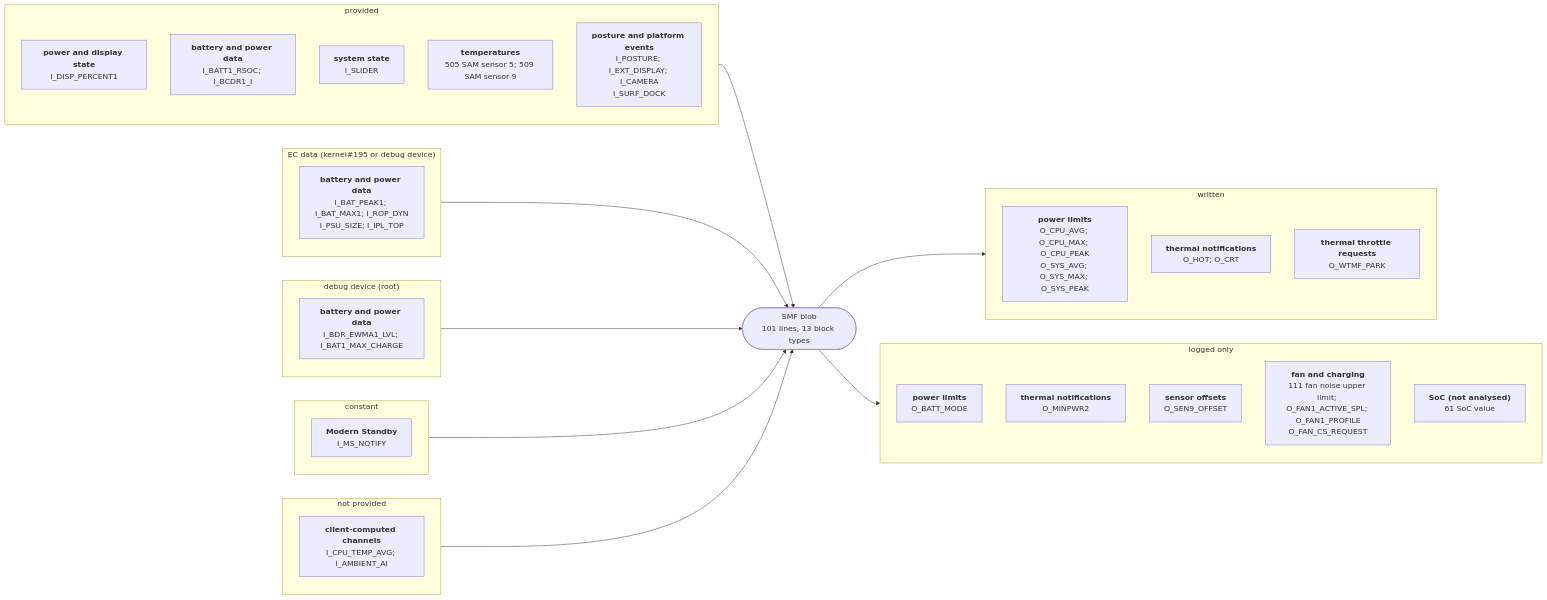
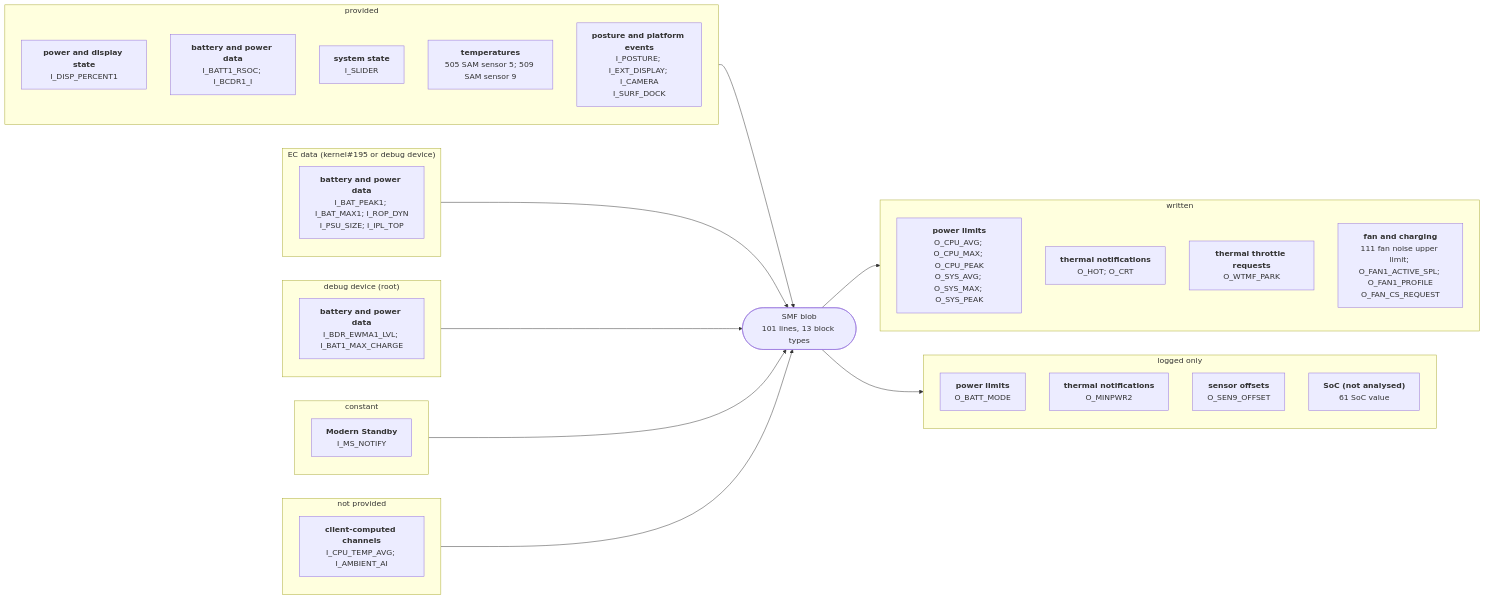
The diagram in docs/devices/surface-pro-10.md (larsschellhas/linux-surface-power), drawn with Mermaid before and after one commit. The commit also changed other lines of this file and 30 other files, not shown here.

````diff
--- a/docs/devices/surface-pro-10.md
+++ b/docs/devices/surface-pro-10.md
@@ -19,42 +19,42 @@
 ```mermaid
 flowchart LR
     subgraph IN0["provided"]
         I0_1FB53D4C["<b>power and display state</b><br/>I_DISP_PERCENT1"]
         I0_28B7BD85["<b>battery and power data</b><br/>I_BATT1_RSOC; I_BCDR1_I"]
         I0_2DD6960F["<b>system state</b><br/>I_SLIDER"]
         I0_2E8B14C2["<b>temperatures</b><br/>505 SAM sensor 5; 509 SAM sensor 9"]
         I0_8060B17F["<b>posture and platform events</b><br/>I_POSTURE; I_EXT_DISPLAY; I_CAMERA<br/>I_SURF_DOCK"]
     end
     IN0 --> B
     subgraph IN1["EC data (kernel#195 or debug device)"]
         I1_28B7BD85["<b>battery and power data</b><br/>I_BAT_PEAK1; I_BAT_MAX1; I_ROP_DYN<br/>I_PSU_SIZE; I_IPL_TOP"]
     end
     IN1 --> B
     subgraph IN2["debug device (root)"]
         I2_28B7BD85["<b>battery and power data</b><br/>I_BDR_EWMA1_LVL; I_BAT1_MAX_CHARGE"]
     end
     IN2 --> B
     subgraph IN3["constant"]
         I3_DEF1AB69["<b>Modern Standby</b><br/>I_MS_NOTIFY"]
     end
     IN3 --> B
     subgraph IN4["not provided"]
         I4_87008365["<b>client-computed channels</b><br/>I_CPU_TEMP_AVG; I_AMBIENT_AI"]
     end
     IN4 --> B
     B(["SMF blob<br/>101 lines, 13 block types"])
     subgraph OUT0["written"]
         O0_0B7B5350["<b>power limits</b><br/>O_CPU_AVG; O_CPU_MAX; O_CPU_PEAK<br/>O_SYS_AVG; O_SYS_MAX; O_SYS_PEAK"]
         O0_110DF2A4["<b>thermal notifications</b><br/>O_HOT; O_CRT"]
         O0_9BBB8910["<b>thermal throttle requests</b><br/>O_WTMF_PARK"]
+        O0_B620798F["<b>fan and charging</b><br/>111 fan noise upper limit; O_FAN1_ACTIVE_SPL; O_FAN1_PROFILE<br/>O_FAN_CS_REQUEST"]
     end
     B --> OUT0
     subgraph OUT1["logged only"]
         O1_0B7B5350["<b>power limits</b><br/>O_BATT_MODE"]
         O1_110DF2A4["<b>thermal notifications</b><br/>O_MINPWR2"]
         O1_A79674B4["<b>sensor offsets</b><br/>O_SEN9_OFFSET"]
-        O1_B620798F["<b>fan and charging</b><br/>111 fan noise upper limit; O_FAN1_ACTIVE_SPL; O_FAN1_PROFILE<br/>O_FAN_CS_REQUEST"]
         O1_CF2F6076["<b>SoC (not analysed)</b><br/>61 SoC value"]
     end
     B --> OUT1
 ```
````
